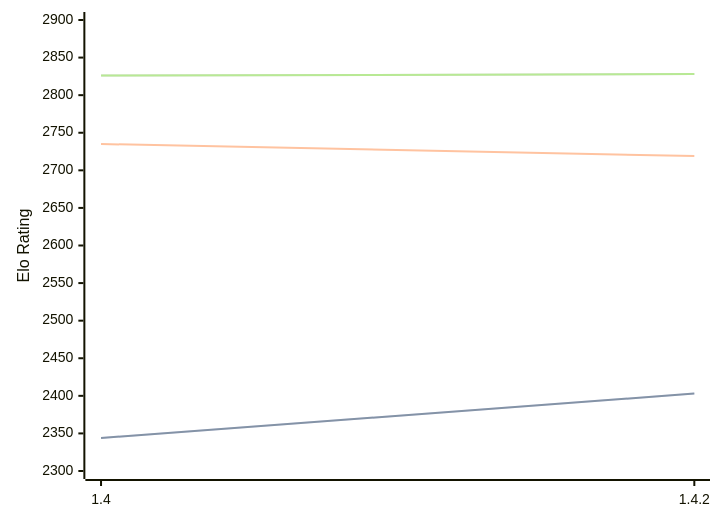
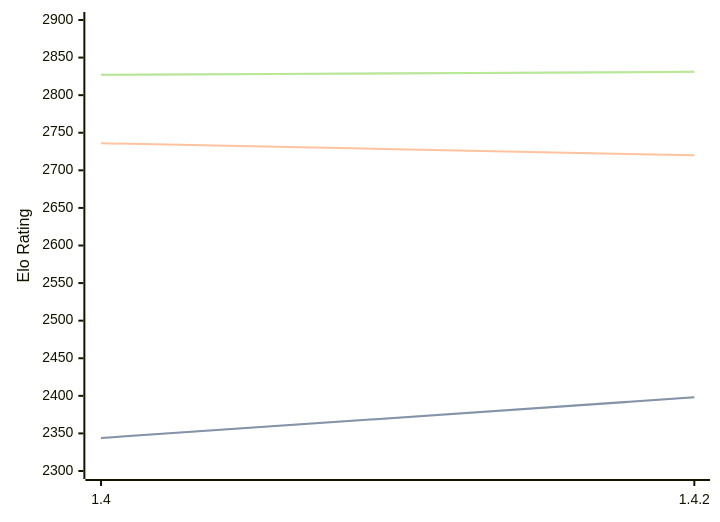
Before and after one commit to computer-chess-index/cci: the diagram in engines/Spike.md, drawn with Mermaid. The commit also changed other lines of this file, not shown here.

Commit message:
Update CCI Ratings (ELO VLTC) - 2026-09-16

````diff
--- a/engines/Spike.md
+++ b/engines/Spike.md
@@ -32,11 +32,11 @@
 ```mermaid
 %%{init: {"theme":"base","themeVariables":{"seriesColors:['#a3a3a3','#222221','#faa371']}}}%%
 xychart-beta
   x-axis ["1.4", "1.4.2"]
   y-axis "Elo Rating" 2300 --> 2900
-  line "" [2344, 2403]
-  line "STC (8.0+0.08s)" [2344, 2403]
-  line "LTC (60.0+0.60s)" [2735, 2719]
-  line "" [2826, 2828]
-  line "VLTC (2m24s+1.12s)" [2826, 2828]
+  line "" [2344, 2398]
+  line "STC (8.0+0.08s)" [2344, 2398]
+  line "LTC (60.0+0.60s)" [2736, 2720]
+  line "" [2827, 2831]
+  line "VLTC (2m24s+1.12s)" [2827, 2831]
 ```
````
